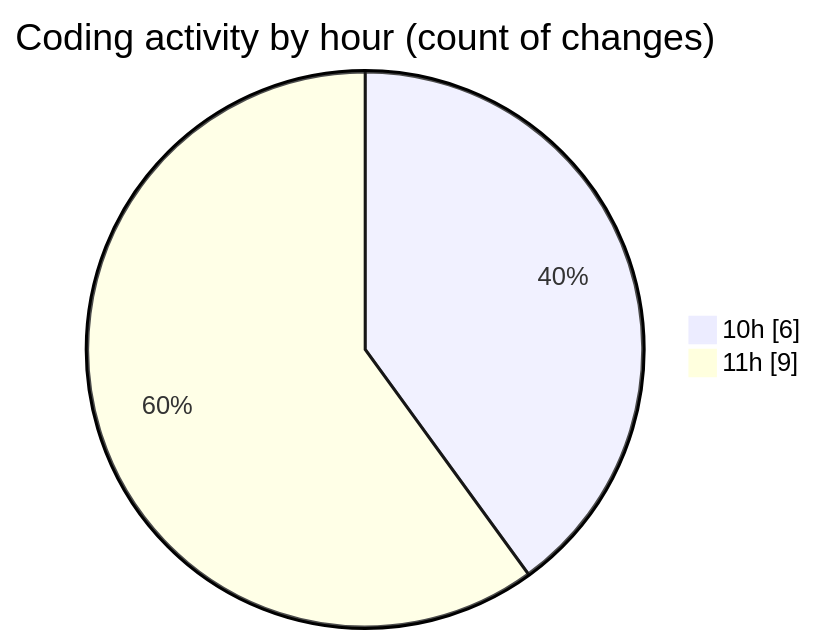
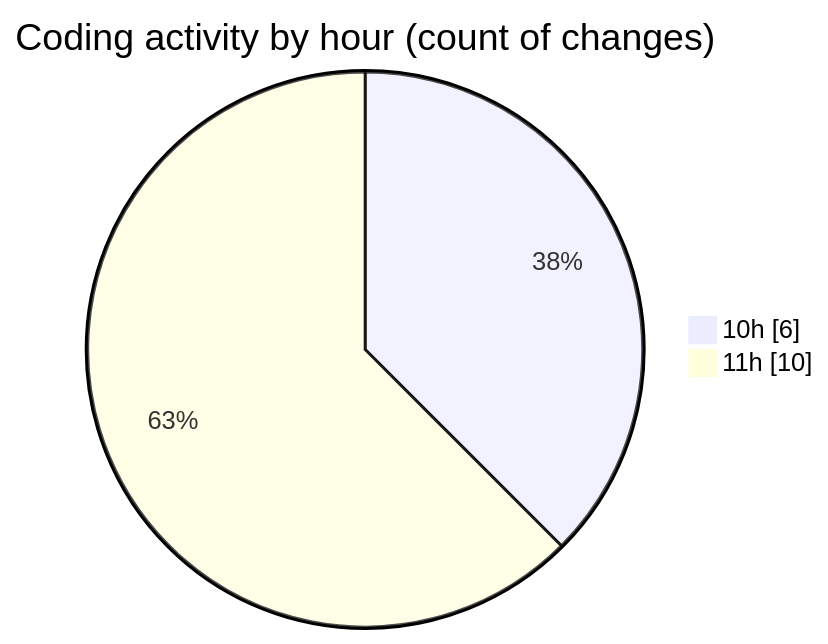
Before and after one commit to nxtqubesakshisongat/code-tracking: the second of 2 diagrams in 2026-06-25/nxtqube_webapp/README.md, drawn with Mermaid. The commit also changed other lines of this file and 1 other file, not shown here.

````diff
--- a/2026-06-25/nxtqube_webapp/README.md
+++ b/2026-06-25/nxtqube_webapp/README.md
@@ -28,6 +28,6 @@
 ```mermaid
 pie showData
 title Coding activity by hour (count of changes)
 "10h" : 6
-"11h" : 9
+"11h" : 10
 ```
````
